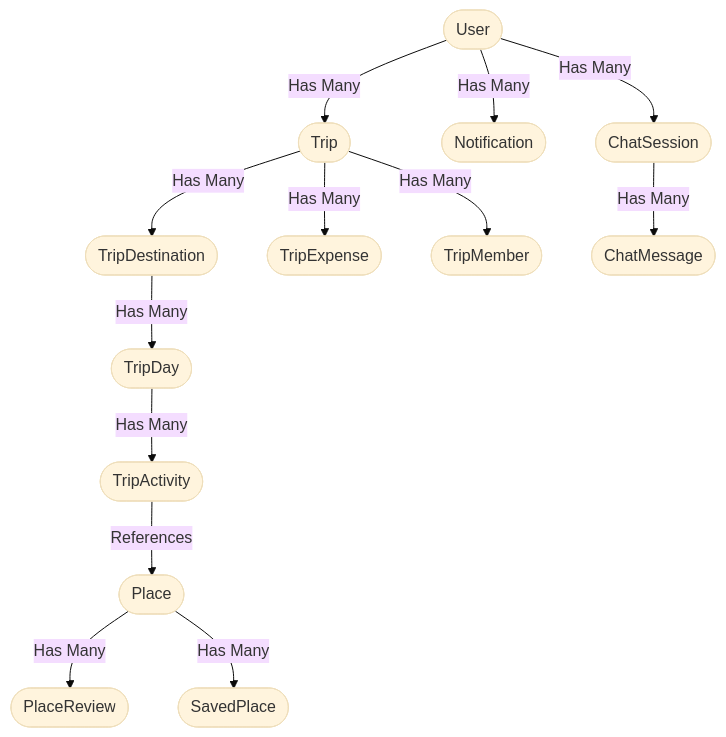
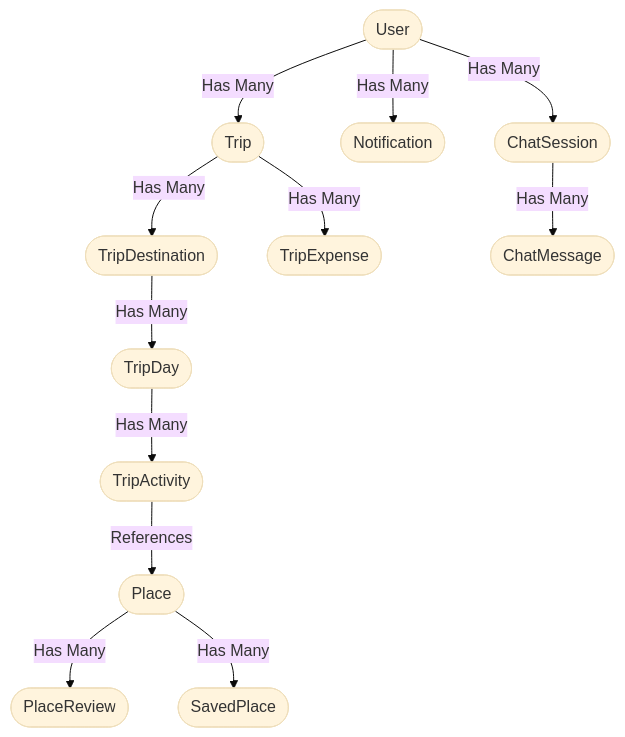
The diagram in README.md (Waynx-Project-Graduation/backend), drawn with Mermaid (base theme) before and after one commit. The commit also changed other lines of this file and 15 other files, not shown here.

````diff
--- a/README.md
+++ b/README.md
@@ -45,15 +43,14 @@
 ```mermaid
 graph TD
     User([User]) -->|Has Many| Trip([Trip])
     Trip -->|Has Many| TripDest([TripDestination])
     Trip -->|Has Many| TripExpense([TripExpense])
-    Trip -->|Has Many| TripMember([TripMember])
     TripDest -->|Has Many| TripDay([TripDay])
     TripDay -->|Has Many| TripAct([TripActivity])
     TripAct -->|References| Place([Place])
     Place -->|Has Many| PlaceReview([PlaceReview])
     Place -->|Has Many| SavedPlace([SavedPlace])
     User -->|Has Many| Notification([Notification])
     User -->|Has Many| ChatSession([ChatSession])
     ChatSession -->|Has Many| ChatMessage([ChatMessage])
 ```
````
